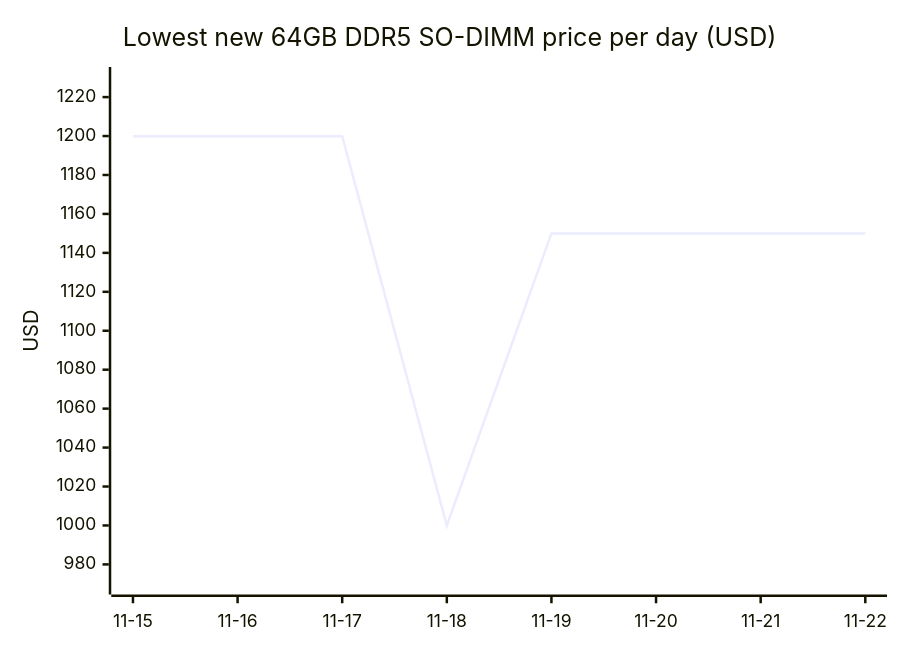
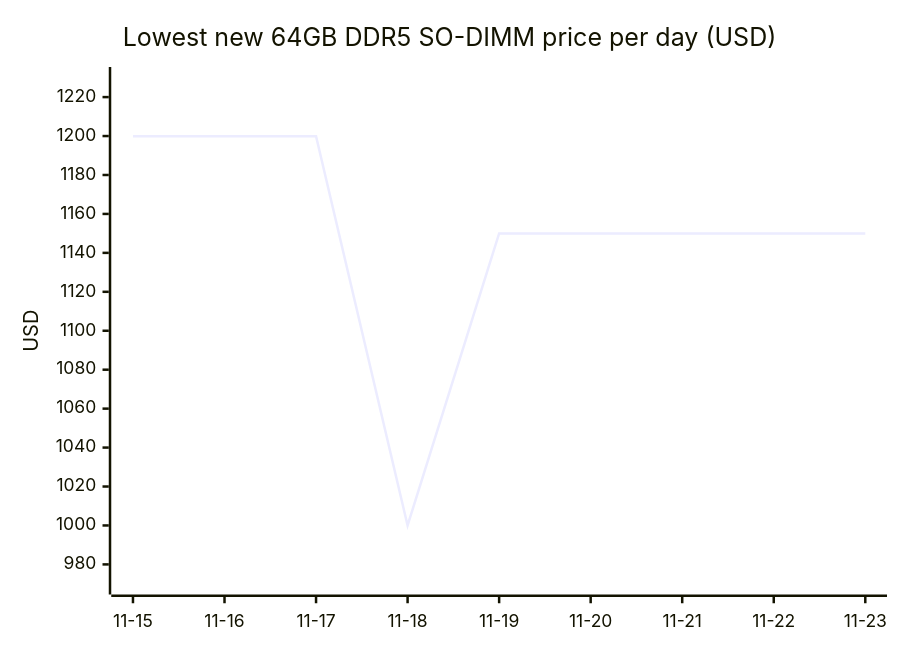
Before and after one commit to 7324136828/4tb_ssd_price_watch: the third of 18 diagrams in README.md, drawn with Mermaid. The commit also changed other lines of this file, not shown here.

````diff
--- a/README.md
+++ b/README.md
@@ -712,7 +744,7 @@
 ```mermaid
 xychart-beta
     title "Lowest new 64GB DDR5 SO-DIMM price per day (USD)"
-    x-axis ["11-15", "11-16", "11-17", "11-18", "11-19", "11-20", "11-21", "11-22"]
+    x-axis ["11-15", "11-16", "11-17", "11-18", "11-19", "11-20", "11-21", "11-22", "11-23"]
     y-axis "USD" 970 --> 1230
-    line [1199.89, 1199.89, 1199.89, 1000.00, 1149.99, 1149.99, 1149.99, 1149.99]
+    line [1199.89, 1199.89, 1199.89, 1000.00, 1149.99, 1149.99, 1149.99, 1149.99, 1149.99]
 ```
````
